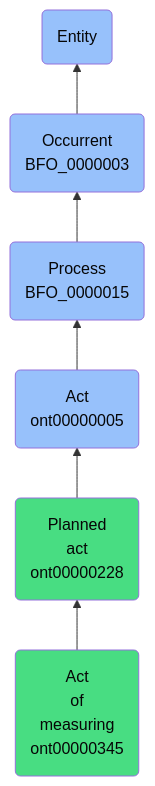
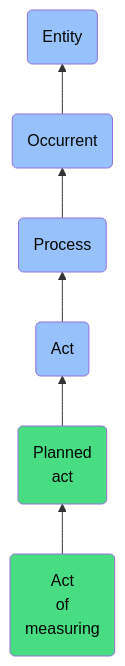
One commit to jupyter-naas/abi changed the diagram in docs/ontology/reference/model/Entity/Occurrent/Process/Act/Planned act/Act of measuring/Act of measuring.md. Above: the diagram before and after it, drawn with Mermaid. The commit also changed other lines of this file and 1430 other files, not shown here.

````diff
--- a/docs/ontology/reference/model/Entity/Occurrent/Process/Act/Planned act/Act of measuring/Act of measuring.md
+++ b/docs/ontology/reference/model/Entity/Occurrent/Process/Act/Planned act/Act of measuring/Act of measuring.md
@@ -26,13 +26,13 @@
 ```mermaid
 graph BT
-    ont00000345(Act<br>of<br>measuring<br>ont00000345):::ABI-->ont00000228
-    ont00000228(Planned<br>act<br>ont00000228):::ABI-->ont00000005
-    ont00000005(Act<br>ont00000005):::BFO-->BFO_0000015
-    BFO_0000015(Process<br>BFO_0000015):::BFO-->BFO_0000003
-    BFO_0000003(Occurrent<br>BFO_0000003):::BFO-->BFO_0000001
+    ont00000345(Act<br>of<br>measuring):::ABI-->ont00000228
+    ont00000228(Planned<br>act):::ABI-->ont00000005
+    ont00000005(Act):::BFO-->BFO_0000015
+    BFO_0000015(Process):::BFO-->BFO_0000003
+    BFO_0000003(Occurrent):::BFO-->BFO_0000001
     BFO_0000001(Entity):::BFO
     
     classDef BFO fill:#97c1fb,color:#060606
     classDef CCO fill:#e4c51e,color:#060606
     classDef ABI fill:#48DD82,color:#060606
 ```
````
